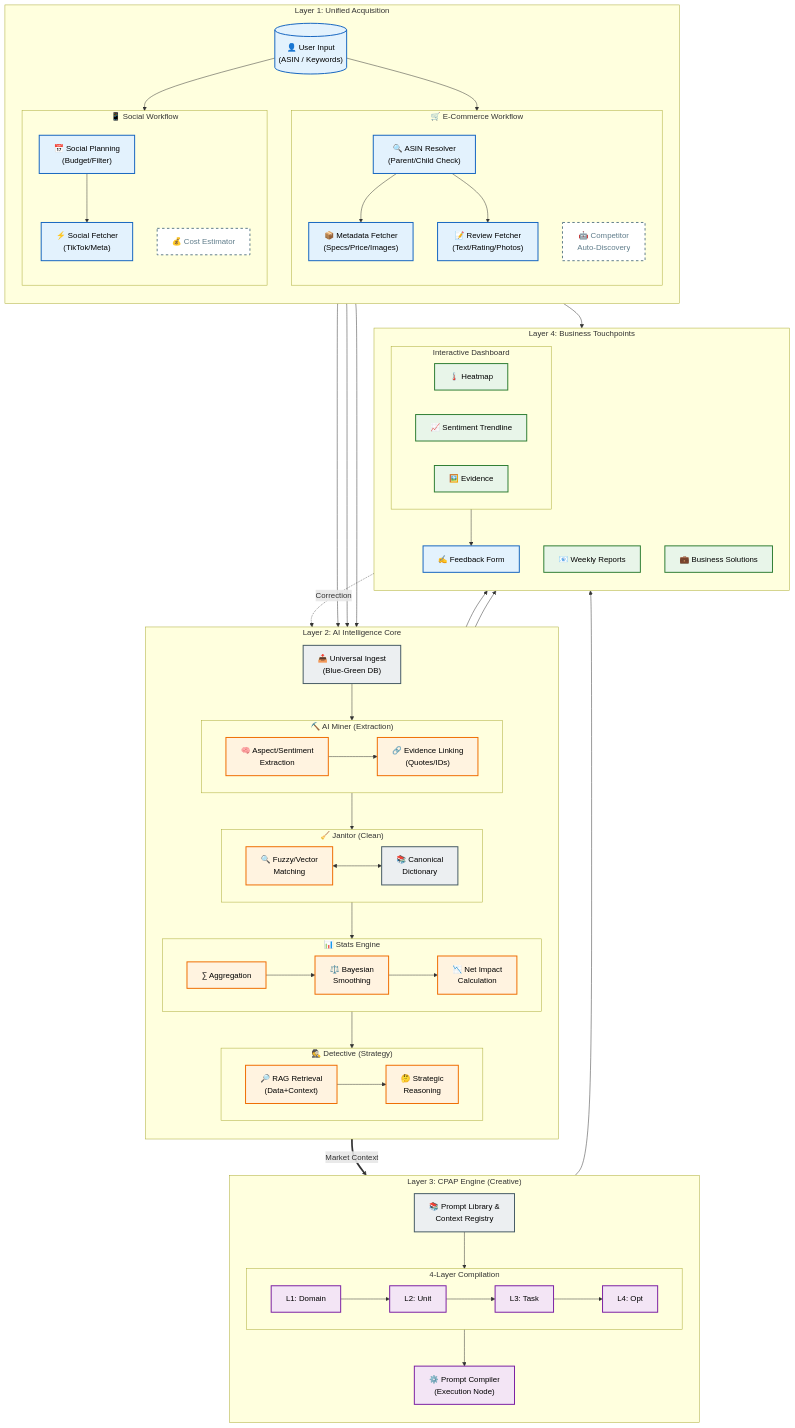
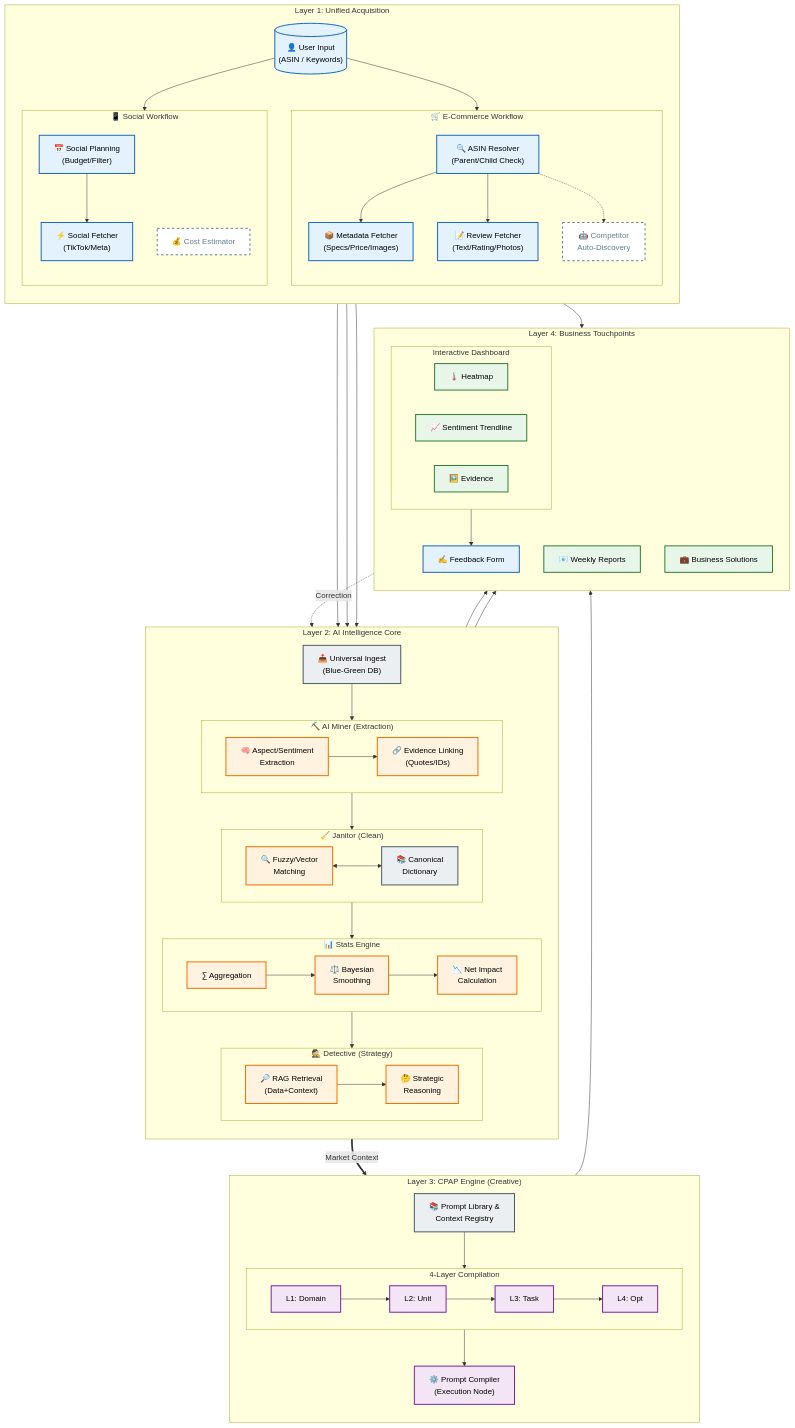
Before and after one commit to Daniel-LeTC/AI_market_intel_platform: the second of 5 diagrams in docs/ECOSYSTEM_NODES_MAP.md, drawn with Mermaid. The commit also changed other lines of this file, not shown here.

```diff
--- a/docs/ECOSYSTEM_NODES_MAP.md
+++ b/docs/ECOSYSTEM_NODES_MAP.md
@@ -66,7 +70,7 @@
     classDef creative fill:#f3e5f5,stroke:#7b1fa2,stroke-width:2px,color:#000;
     classDef storage fill:#eceff1,stroke:#455a64,stroke-width:2px,color:#000;
     classDef output fill:#e8f5e9,stroke:#2e7d32,stroke-width:2px,color:#000;
-    classDef hidden fill:#ffffff,stroke:#607d8b,stroke-width:2px,color:#607d8b,stroke-dasharray: 5 5;
+    classDef future fill:#ffffff,stroke:#607d8b,stroke-width:2px,color:#607d8b,stroke-dasharray: 5 5;
 
     %% --- LAYER 1: ACQUISITION ---
     subgraph ACQ ["Layer 1: Unified Acquisition"]
@@ -78,14 +82,14 @@
             Node_Resolver["🔍 ASIN Resolver<br/>(Parent/Child Check)"]:::flow
             Node_Fetcher_Meta["📦 Metadata Fetcher<br/>(Specs/Price/Images)"]:::flow
             Node_Fetcher_Review["📝 Review Fetcher<br/>(Text/Rating/Photos)"]:::flow
-            Node_Competitor_Auto["🤖 Competitor<br/>Auto-Discovery"]:::hidden
+            Node_Competitor_Auto["🤖 Competitor<br/>Auto-Discovery"]:::future
         end
         
         subgraph SOCIAL_FLOW ["📱 Social Workflow"]
             direction TB
             Node_Social_Plan["📅 Social Planning<br/>(Budget/Filter)"]:::flow
             Node_Social_Fetch["⚡ Social Fetcher<br/>(TikTok/Meta)"]:::flow
-            Node_Social_Pricing["💰 Cost Estimator"]:::hidden
+            Node_Social_Pricing["💰 Cost Estimator"]:::future
         end
     end
 
@@ -157,6 +161,8 @@
     Input_User --> Node_Social_Plan
     Node_Social_Plan --> Node_Social_Fetch
     
+    Node_Resolver -.-> Node_Competitor_Auto
+    
     Node_Fetcher_Meta --> Node_Ingest
     Node_Fetcher_Review --> Node_Ingest
     Node_Social_Fetch --> Node_Ingest
```
